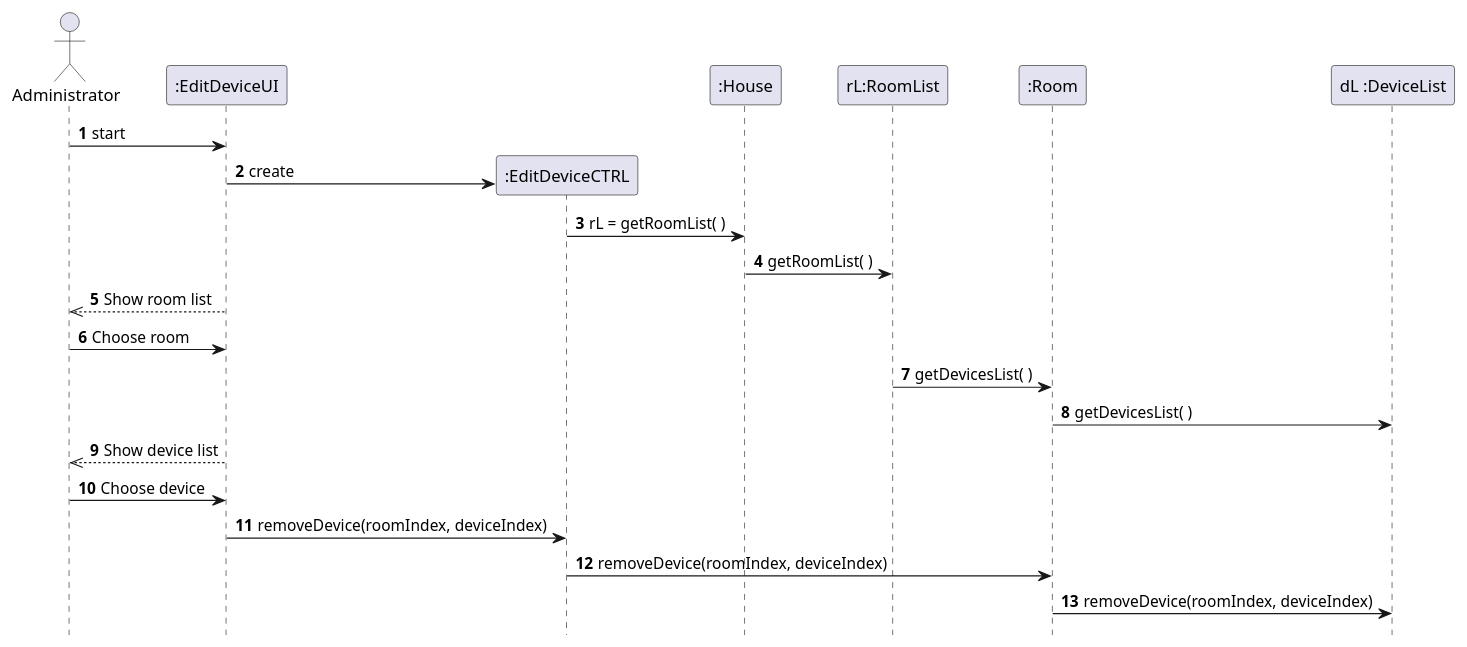
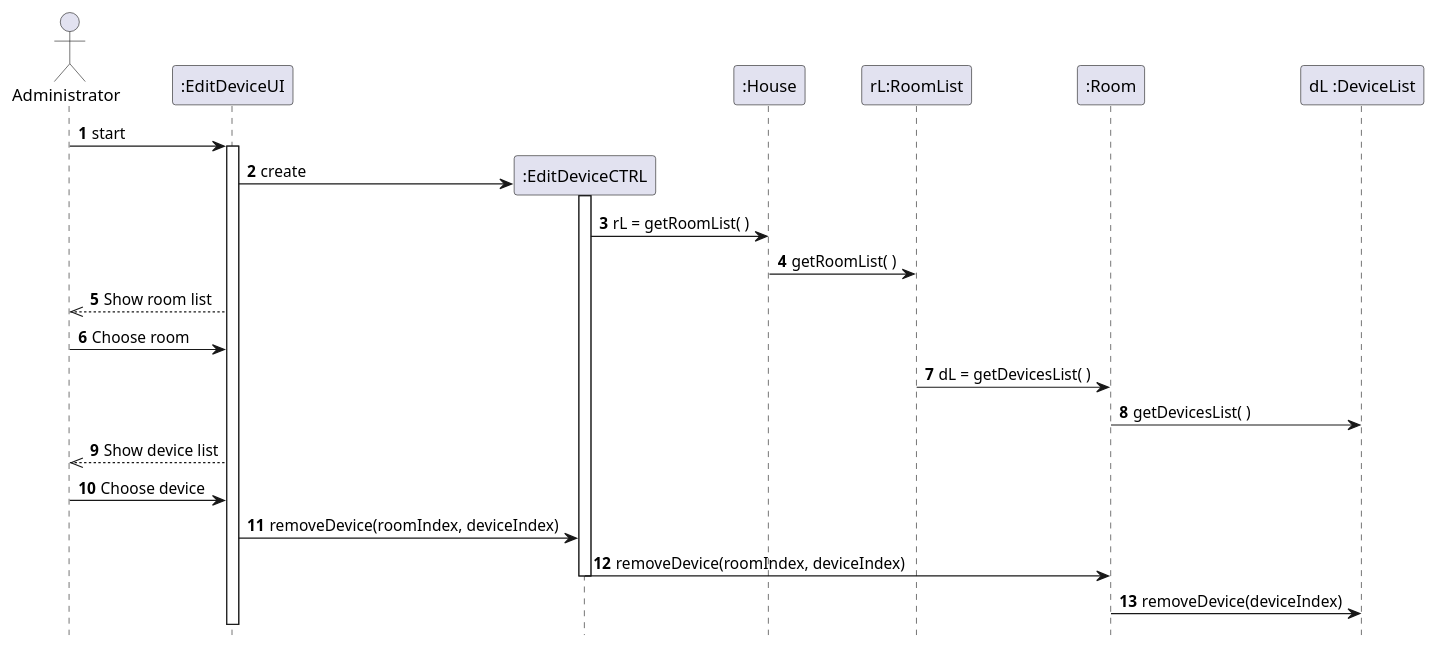
One commit to emanuel-pereira/hou changed the diagram in src/main/java/smarthome/uml/sequencediagrams/RemoveDeviceSequence.puml. Above: the diagram before and after it, drawn with PlantUML. The commit also changed 1 other file, not shown here.

Commit message:
Sequence Diagram US220/US222 update

```diff
--- a/src/main/java/smarthome/uml/sequencediagrams/RemoveDeviceSequence.puml
+++ b/src/main/java/smarthome/uml/sequencediagrams/RemoveDeviceSequence.puml
@@ -1,34 +1,36 @@
 @startuml
 autonumber
 hidefootbox
 
 actor Administrator
 
 Administrator -> ":EditDeviceUI": start
 
 create ":EditDeviceCTRL"
+activate ":EditDeviceUI"
 ":EditDeviceUI" -> ":EditDeviceCTRL": create
 
+activate ":EditDeviceCTRL"
 ":EditDeviceCTRL" -> ":House": rL = getRoomList( )
 
 ":House" -> "rL:RoomList": getRoomList( )
 
 Administrator <<-- ":EditDeviceUI": Show room list
 
 Administrator -> ":EditDeviceUI": Choose room
 
-"rL:RoomList" -> ":Room": getDevicesList( )
+"rL:RoomList" -> ":Room": dL = getDevicesList( )
 
 ":Room" -> "dL :DeviceList": getDevicesList( )
 
 Administrator <<-- ":EditDeviceUI": Show device list
 
 Administrator -> ":EditDeviceUI": Choose device
 
 ":EditDeviceUI" -> ":EditDeviceCTRL": removeDevice(roomIndex, deviceIndex)
 
 ":EditDeviceCTRL" -> ":Room": removeDevice(roomIndex, deviceIndex)
-
-":Room" -> "dL :DeviceList": removeDevice(roomIndex, deviceIndex)
+deactivate ":EditDeviceCTRL"
+":Room" -> "dL :DeviceList": removeDevice(deviceIndex)
 
 @enduml
```
